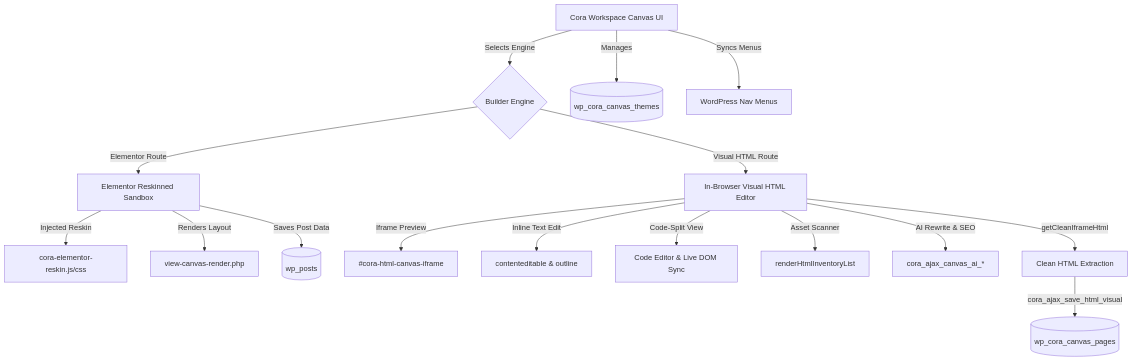
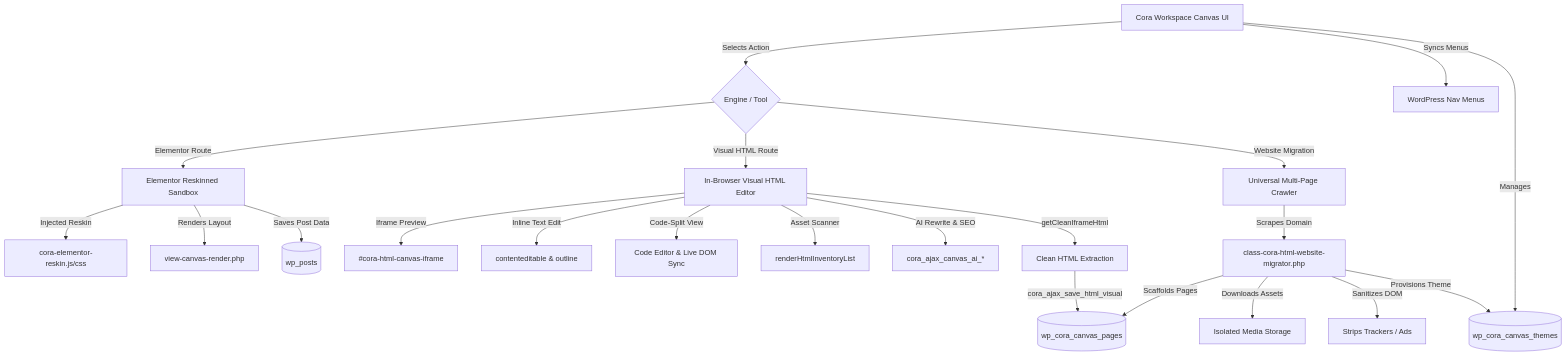
Before and after one commit to dravyafolio2021/cora-updates: the diagram in docs/canvas-frontend-module.md, drawn with Mermaid. The commit also changed other lines of this file and 37 other files, not shown here.

````diff
--- a/docs/canvas-frontend-module.md
+++ b/docs/canvas-frontend-module.md
@@ -14,21 +15,28 @@
 ```mermaid
 graph TD
-    A[Cora Workspace Canvas UI] -->|Selects Engine| B{Builder Engine}
+    A[Cora Workspace Canvas UI] -->|Selects Action| B{Engine / Tool}
     B -->|Elementor Route| C[Elementor Reskinned Sandbox]
     B -->|Visual HTML Route| D[In-Browser Visual HTML Editor]
+    B -->|Website Migration| E[Universal Multi-Page Crawler]
     
-    C -->|Injected Reskin| E[cora-elementor-reskin.js/css]
-    C -->|Renders Layout| F[view-canvas-render.php]
-    C -->|Saves Post Data| G[(wp_posts)]
+    C -->|Injected Reskin| F[cora-elementor-reskin.js/css]
+    C -->|Renders Layout| G[view-canvas-render.php]
+    C -->|Saves Post Data| H[(wp_posts)]
     
-    D -->|Iframe Preview| H[#cora-html-canvas-iframe]
-    D -->|Inline Text Edit| I[contenteditable & outline]
-    D -->|Code-Split View| J[Code Editor & Live DOM Sync]
-    D -->|Asset Scanner| K[renderHtmlInventoryList]
-    D -->|AI Rewrite & SEO| L[cora_ajax_canvas_ai_*]
-    D -->|getCleanIframeHtml| M[Clean HTML Extraction]
-    M -->|cora_ajax_save_html_visual| N[(wp_cora_canvas_pages)]
+    D -->|Iframe Preview| I[#cora-html-canvas-iframe]
+    D -->|Inline Text Edit| J[contenteditable & outline]
+    D -->|Code-Split View| K[Code Editor & Live DOM Sync]
+    D -->|Asset Scanner| L[renderHtmlInventoryList]
+    D -->|AI Rewrite & SEO| M[cora_ajax_canvas_ai_*]
+    D -->|getCleanIframeHtml| N[Clean HTML Extraction]
+    N -->|cora_ajax_save_html_visual| O[(wp_cora_canvas_pages)]
     
-    A -->|Manages| O[(wp_cora_canvas_themes)]
-    A -->|Syncs Menus| P[WordPress Nav Menus]
+    E -->|Scrapes Domain| P[class-cora-html-website-migrator.php]
+    P -->|Downloads Assets| Q[Isolated Media Storage]
+    P -->|Sanitizes DOM| R[Strips Trackers / Ads]
+    P -->|Provisions Theme| S[(wp_cora_canvas_themes)]
+    P -->|Scaffolds Pages| O
+    
+    A -->|Manages| S
+    A -->|Syncs Menus| T[WordPress Nav Menus]
 ```
````
